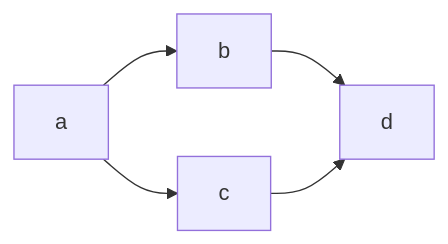
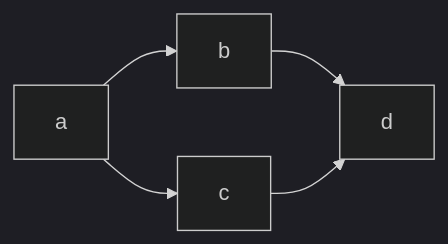
The diagram in examples/slides.md (prskr/goveal), drawn with Mermaid before and after one commit. The commit also changed other lines of this file and 10 other files, not shown here.

````diff
--- a/examples/slides.md
+++ b/examples/slides.md
@@ -93,4 +93,5 @@
 ```mermaid
+%%{init: {'theme': 'dark'}}%%
 flowchart LR
    a --> b & c--> d
 ```
````
